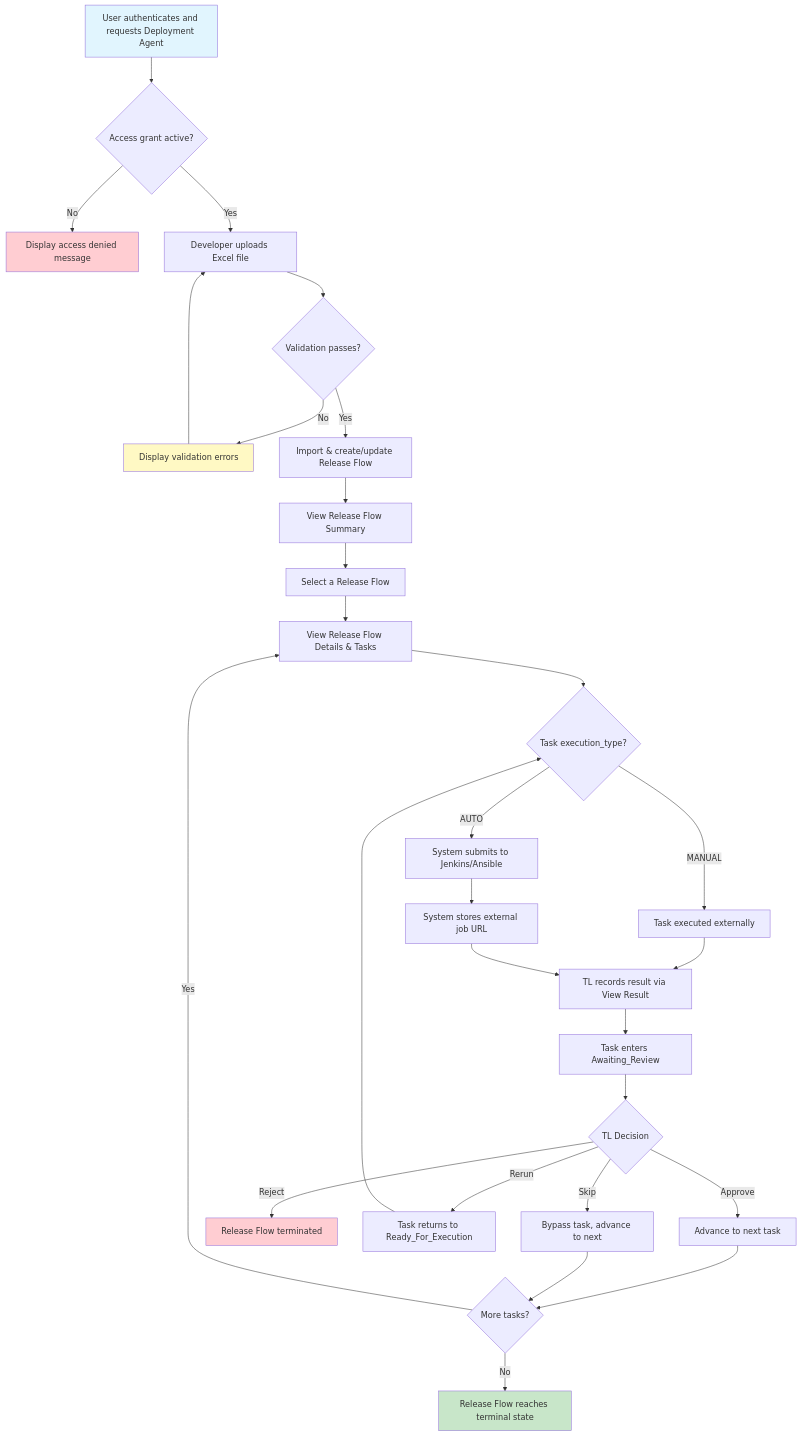
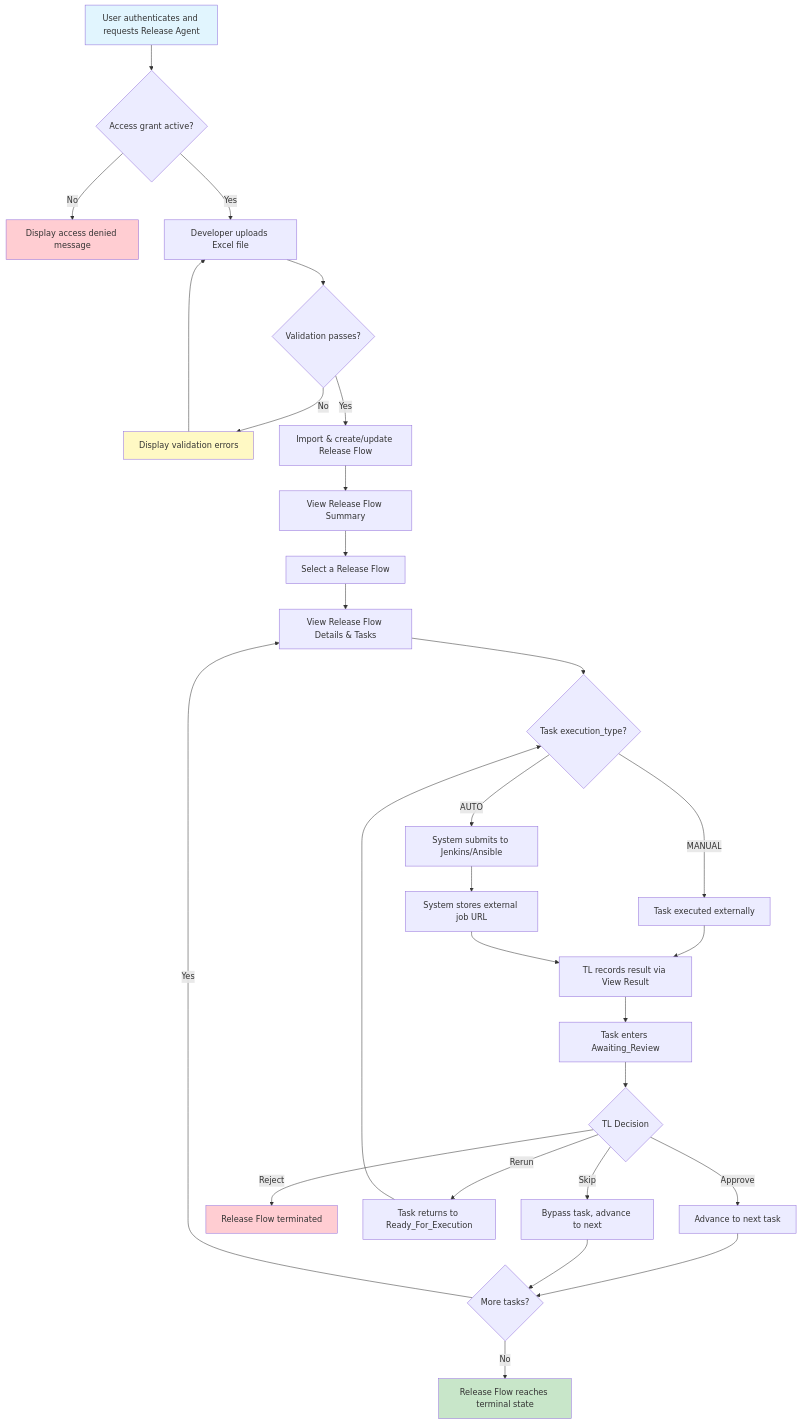
One commit to wwa-lab/deployment-agent changed the diagram in docs/03-spec/spec.md. Above: the diagram before and after it, drawn with Mermaid. The commit also changed other lines of this file and 21 other files, not shown here.

````diff
--- a/docs/03-spec/spec.md
+++ b/docs/03-spec/spec.md
@@ -408,39 +410,39 @@
 ```mermaid
 flowchart TD
-    A[User authenticates and requests Deployment Agent] --> A1{Access grant active?}
+    A[User authenticates and requests Release Agent] --> A1{Access grant active?}
     A1 -- No --> A2[Display access denied message]
     A1 -- Yes --> B[Developer uploads Excel file]
     B --> C{Validation passes?}
     C -- No --> D[Display validation errors]
     D --> B
     C -- Yes --> E[Import & create/update Release Flow]
     E --> F[View Release Flow Summary]
     F --> G[Select a Release Flow]
     G --> H[View Release Flow Details & Tasks]
     H --> I{Task execution_type?}
 
     I -- MANUAL --> J[Task executed externally]
     J --> K[TL records result via View Result]
     I -- AUTO --> L[System submits to Jenkins/Ansible]
     L --> M[System stores external job URL]
     M --> K
 
     K --> N[Task enters Awaiting_Review]
     N --> O{TL Decision}
     O -- Approve --> P[Advance to next task]
     O -- Reject --> Q[Release Flow terminated]
     O -- Rerun --> R[Task returns to Ready_For_Execution]
     R --> I
     O -- Skip --> S[Bypass task, advance to next]
 
     P --> T{More tasks?}
     S --> T
     T -- Yes --> H
     T -- No --> U[Release Flow reaches terminal state]
 
     style A fill:#e1f5fe
     style A2 fill:#ffcdd2
     style U fill:#c8e6c9
     style Q fill:#ffcdd2
     style D fill:#fff9c4
 ```
````
